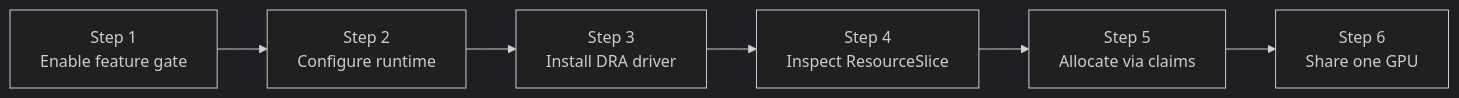
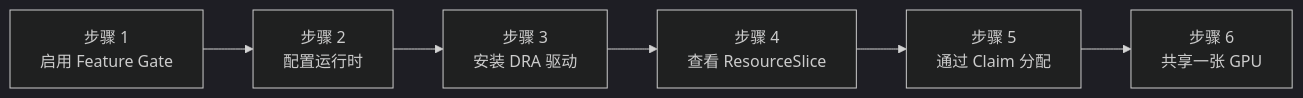
One commit to Project-HAMi/website changed the diagram in i18n/zh/docusaurus-plugin-content-docs-tutorials/current/labs/hami-dra.md. Above: the diagram before and after it, drawn with Mermaid (dark theme). The commit also changed other lines of this file and 3 other files, not shown here.

````diff
--- a/i18n/zh/docusaurus-plugin-content-docs-tutorials/current/labs/hami-dra.md
+++ b/i18n/zh/docusaurus-plugin-content-docs-tutorials/current/labs/hami-dra.md
@@ -52,9 +45,9 @@
 ```mermaid
-%% title: HAMi DRA Lab Flow
+%% title: HAMi DRA 实验步骤 
 flowchart LR
-    Step1["Step 1<br/>Enable feature gate"] --> Step2["Step 2<br/>Configure runtime"]
-    Step2 --> Step3["Step 3<br/>Install DRA driver"]
-    Step3 --> Step4["Step 4<br/>Inspect ResourceSlice"]
-    Step4 --> Step5["Step 5<br/>Allocate via claims"]
-    Step5 --> Step6["Step 6<br/>Share one GPU"]
+    Step1["步骤 1<br/>启用 Feature Gate"] --> Step2["步骤 2<br/>配置运行时"]
+    Step2 --> Step3["步骤 3<br/>安装 DRA 驱动"]
+    Step3 --> Step4["步骤 4<br/>查看 ResourceSlice"]
+    Step4 --> Step5["步骤 5<br/>通过 Claim 分配"]
+    Step5 --> Step6["步骤 6<br/>共享一张 GPU"]
 ```
````
